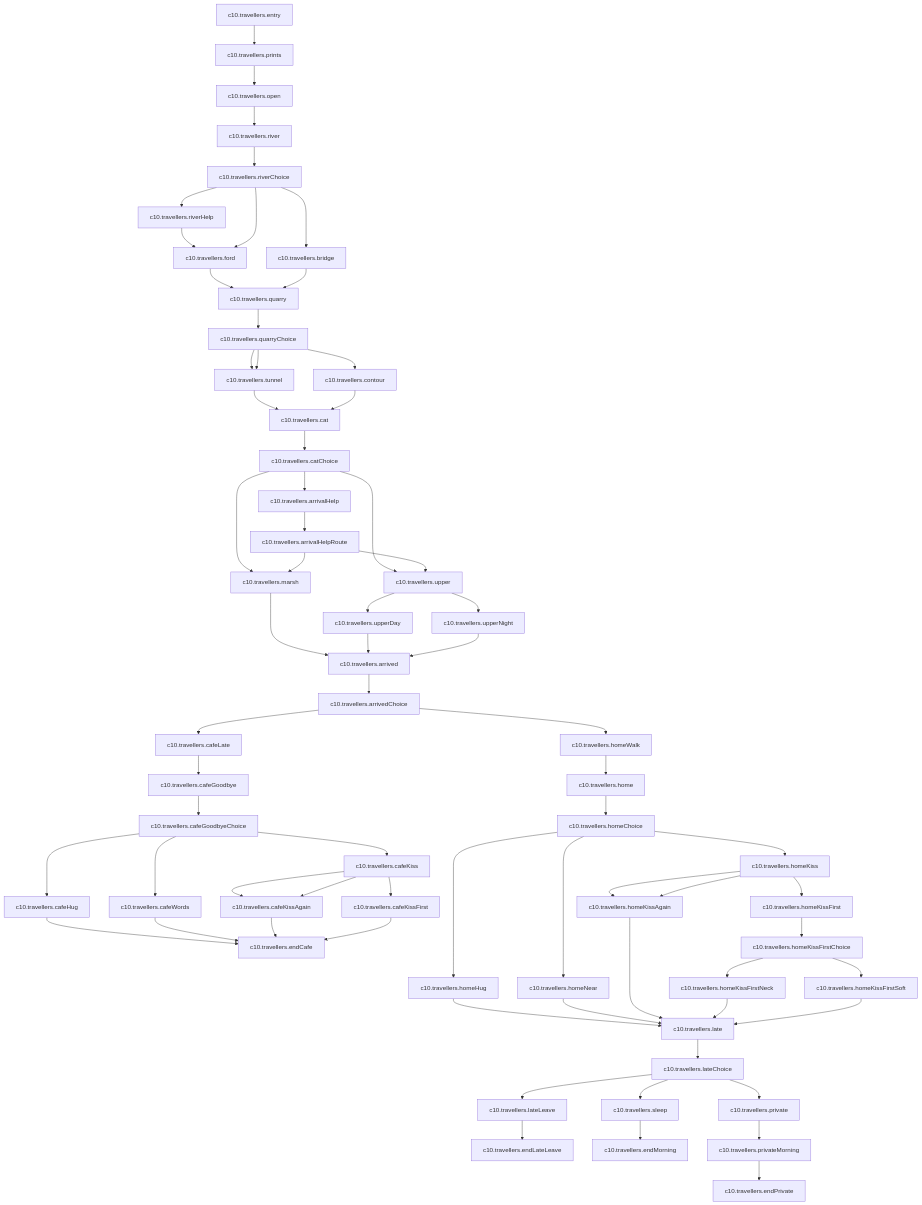
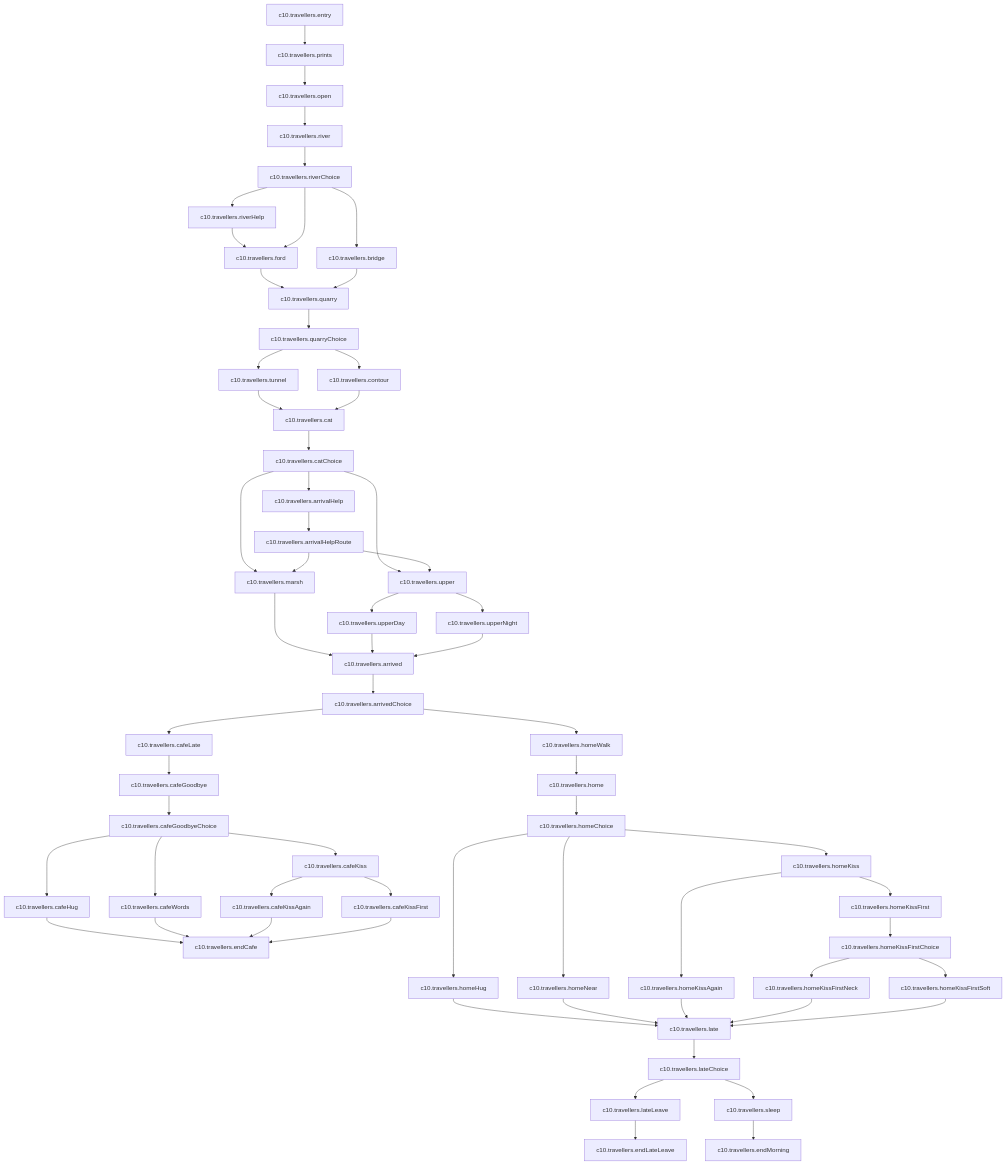
Before and after one commit to vlad28x/our-little-story: the diagram in outputs/CHAPTER_10_SCRIPT.md, drawn with Mermaid. The commit also changed other lines of this file and 97 other files, not shown here.

````diff
--- a/outputs/CHAPTER_10_SCRIPT.md
+++ b/outputs/CHAPTER_10_SCRIPT.md
@@ -54,16 +54,11 @@
   c10.travellers.lateLeave --> c10.travellers.endLateLeave
   c10.travellers.sleep
   c10.travellers.sleep --> c10.travellers.endMorning
-  c10.travellers.private
-  c10.travellers.private --> c10.travellers.privateMorning
-  c10.travellers.privateMorning
-  c10.travellers.privateMorning --> c10.travellers.endPrivate
   c10.travellers.cafeKissAgain
   c10.travellers.cafeKissAgain --> c10.travellers.endCafe
   c10.travellers.cafeKissFirst
   c10.travellers.cafeKissFirst --> c10.travellers.endCafe
   c10.travellers.cafeKiss
-  c10.travellers.cafeKiss --> c10.travellers.cafeKissAgain
   c10.travellers.cafeKiss --> c10.travellers.cafeKissAgain
   c10.travellers.cafeKiss --> c10.travellers.cafeKissFirst
   c10.travellers.homeKissAgain
@@ -78,7 +73,6 @@
   c10.travellers.homeKissFirstSoft
   c10.travellers.homeKissFirstSoft --> c10.travellers.late
   c10.travellers.homeKiss
-  c10.travellers.homeKiss --> c10.travellers.homeKissAgain
   c10.travellers.homeKiss --> c10.travellers.homeKissAgain
   c10.travellers.homeKiss --> c10.travellers.homeKissFirst
   c10.travellers.upperDay
@@ -95,7 +89,6 @@
   c10.travellers.quarryChoice
   c10.travellers.quarryChoice --> c10.travellers.tunnel
   c10.travellers.quarryChoice --> c10.travellers.contour
-  c10.travellers.quarryChoice --> c10.travellers.tunnel
   c10.travellers.catChoice
   c10.travellers.catChoice --> c10.travellers.marsh
   c10.travellers.catChoice --> c10.travellers.upper
@@ -119,9 +112,7 @@
   c10.travellers.lateChoice
   c10.travellers.lateChoice --> c10.travellers.lateLeave
   c10.travellers.lateChoice --> c10.travellers.sleep
-  c10.travellers.lateChoice --> c10.travellers.private
   c10.travellers.endCafe
   c10.travellers.endLateLeave
   c10.travellers.endMorning
-  c10.travellers.endPrivate
 ```
````
